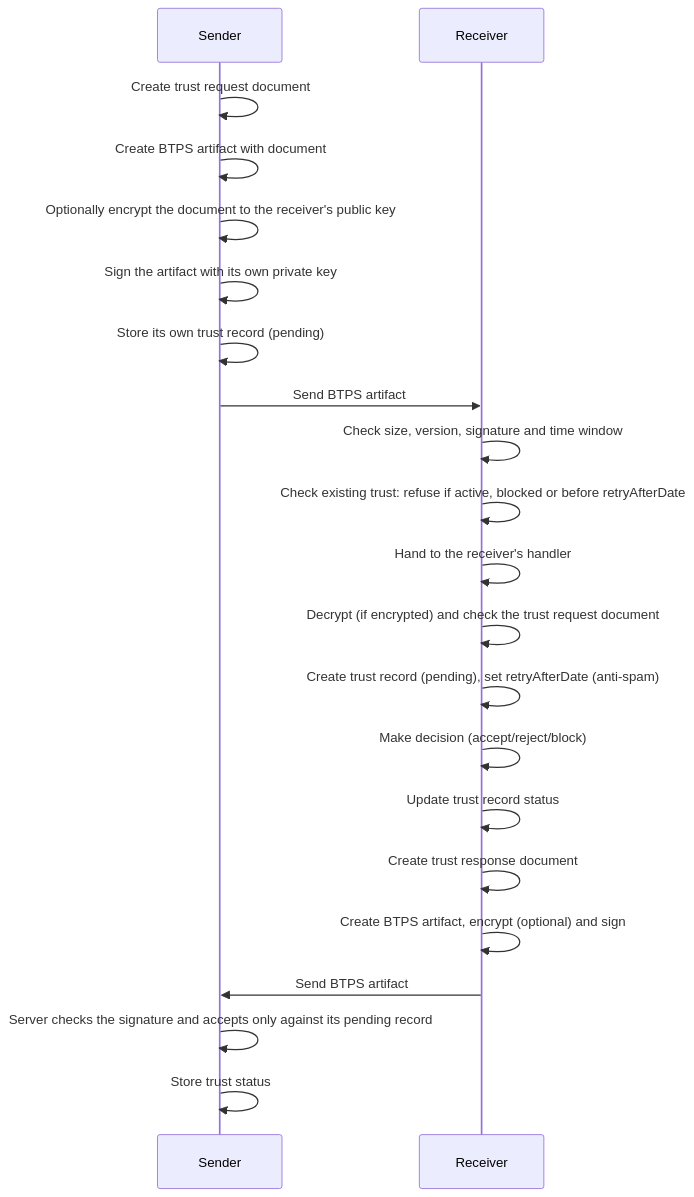
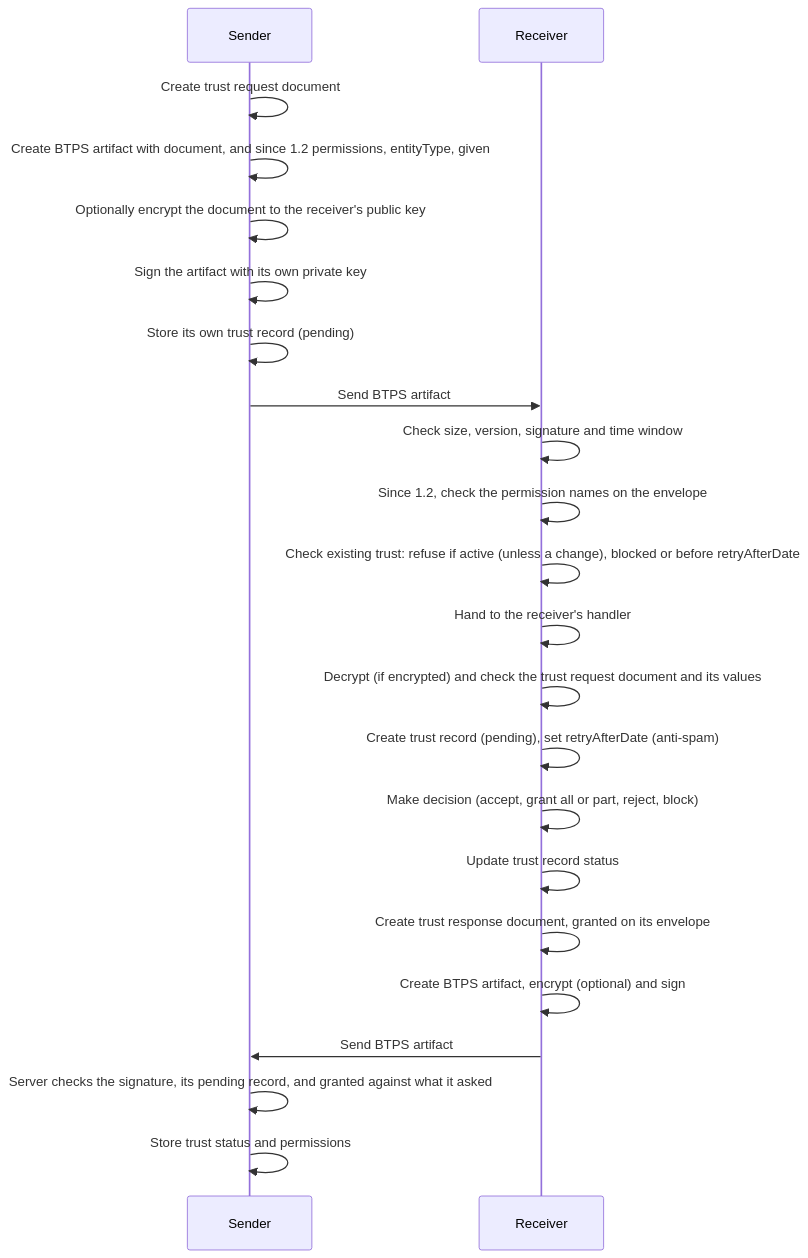
Before and after one commit to openbtps/btps-node: the third of 7 diagrams in docs/docusaurus/docs/protocol/messageFlow.md, drawn with Mermaid. The commit also changed other lines of this file and 32 other files, not shown here.

````diff
--- a/docs/docusaurus/docs/protocol/messageFlow.md
+++ b/docs/docusaurus/docs/protocol/messageFlow.md
@@ -161,26 +168,27 @@
 ```mermaid
 sequenceDiagram
     participant S as Sender
     participant R as Receiver
 
     S->>S: Create trust request document
-    S->>S: Create BTPS artifact with document
+    S->>S: Create BTPS artifact with document, and since 1.2 permissions, entityType, given
     S->>S: Optionally encrypt the document to the receiver's public key
     S->>S: Sign the artifact with its own private key
     S->>S: Store its own trust record (pending)
     S->>R: Send BTPS artifact
 
     R->>R: Check size, version, signature and time window
-    R->>R: Check existing trust: refuse if active, blocked or before retryAfterDate
+    R->>R: Since 1.2, check the permission names on the envelope
+    R->>R: Check existing trust: refuse if active (unless a change), blocked or before retryAfterDate
     R->>R: Hand to the receiver's handler
-    R->>R: Decrypt (if encrypted) and check the trust request document
+    R->>R: Decrypt (if encrypted) and check the trust request document and its values
     R->>R: Create trust record (pending), set retryAfterDate (anti-spam)
-    R->>R: Make decision (accept/reject/block)
+    R->>R: Make decision (accept, grant all or part, reject, block)
     R->>R: Update trust record status
 
-    R->>R: Create trust response document
+    R->>R: Create trust response document, granted on its envelope
     R->>R: Create BTPS artifact, encrypt (optional) and sign
     R->>S: Send BTPS artifact
-    S->>S: Server checks the signature and accepts only against its pending record
-    S->>S: Store trust status
+    S->>S: Server checks the signature, its pending record, and granted against what it asked
+    S->>S: Store trust status and permissions
 ```
````
